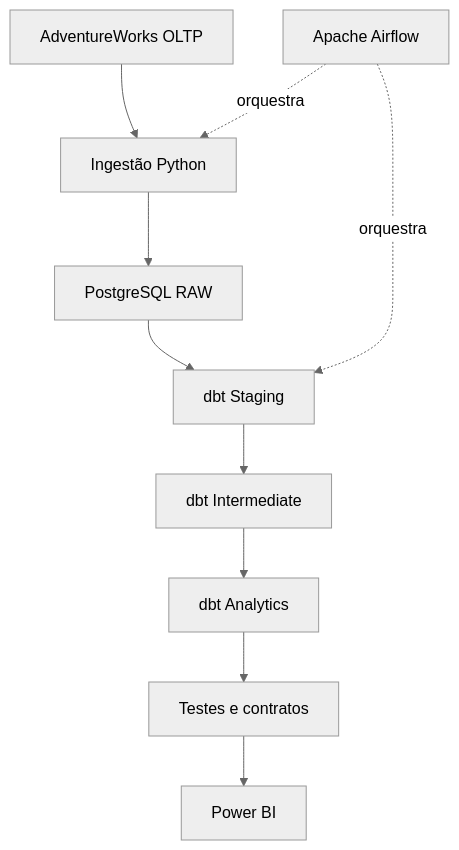
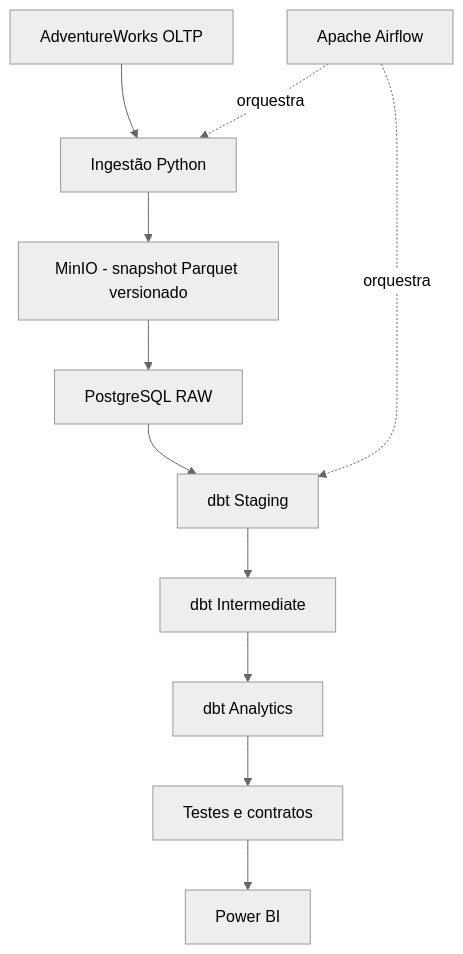
Before and after one commit to comerlatto/modern-data-platform: the first of 4 diagrams in README.md, drawn with Mermaid (neutral theme). The commit also changed other lines of this file and 6 other files, not shown here.

Commit message:
feat: persistir snapshots raw em Parquet no MinIO

````diff
--- a/README.md
+++ b/README.md
@@ -43,13 +45,14 @@
 ```mermaid
 flowchart TD
     A[AdventureWorks OLTP] --> B[Ingestão Python]
-    B --> C[PostgreSQL RAW]
+    B --> M[MinIO - snapshot Parquet versionado]
+    M --> C[PostgreSQL RAW]
     C --> D[dbt Staging]
     D --> E[dbt Intermediate]
     E --> F[dbt Analytics]
     F --> G[Testes e contratos]
     G --> H[Power BI]
 
     I[Apache Airflow] -. orquestra .-> B
     I -. orquestra .-> D
 ```
````
